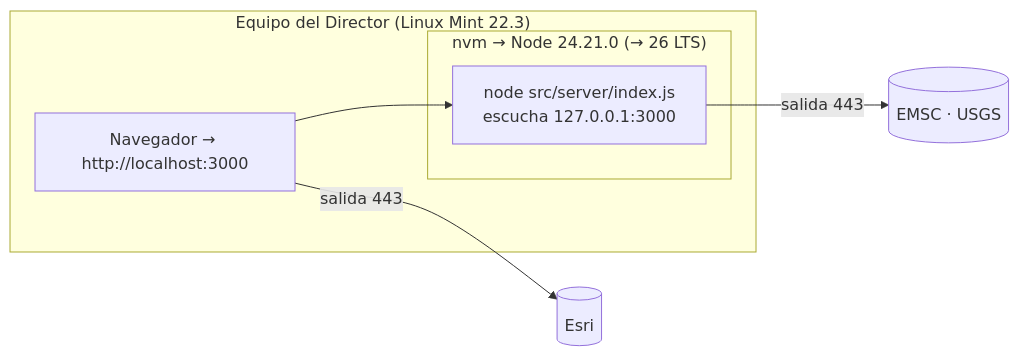
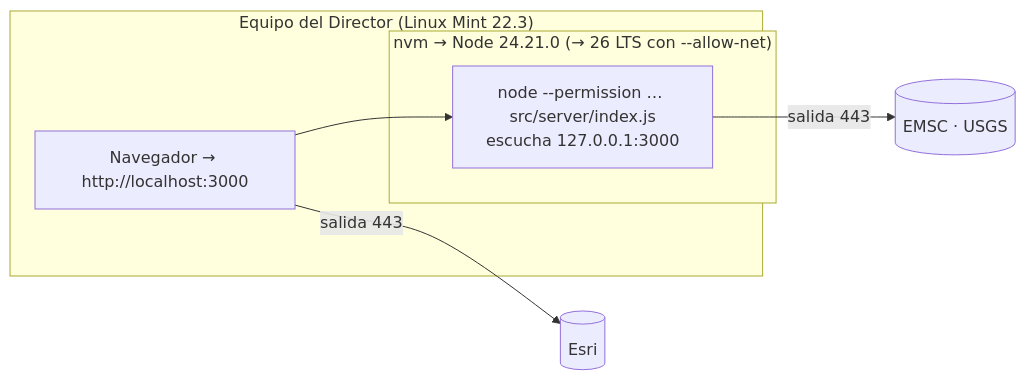
One commit to wpadillav/monitor_riesgos_naturales changed the sixth of 6 diagrams in docs/01-arquitectura.md. Above: the diagram before and after it, drawn with Mermaid. The commit also changed other lines of this file, not shown here.

First line of the commit message:
docs(arquitectura): versión 1.0 alineada con el código de la entrega 1 (04bb0c8)

````diff
--- a/docs/01-arquitectura.md
+++ b/docs/01-arquitectura.md
@@ -646,12 +764,12 @@
 ```mermaid
 flowchart LR
   subgraph PC["Equipo del Director (Linux Mint 22.3)"]
-    subgraph NVM["nvm → Node 24.21.0 (→ 26 LTS)"]
-      P["node src/server/index.js<br/>escucha 127.0.0.1:3000"]
+    subgraph NVM["nvm → Node 24.21.0 (→ 26 LTS con --allow-net)"]
+      P["node --permission … src/server/index.js<br/>escucha 127.0.0.1:3000"]
     end
     B["Navegador → http://localhost:3000"]
     B --> P
   end
   P -- "salida 443" --> I[(EMSC · USGS)]
   B -- "salida 443" --> E[(Esri)]
 ```
````
